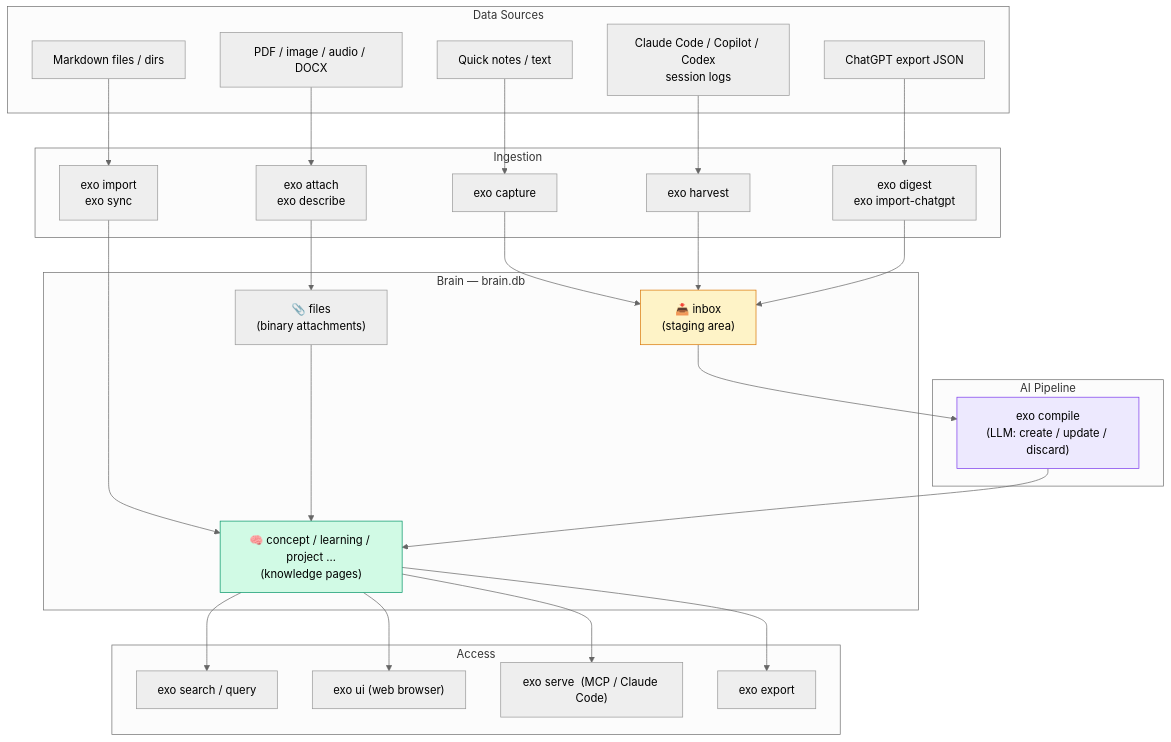
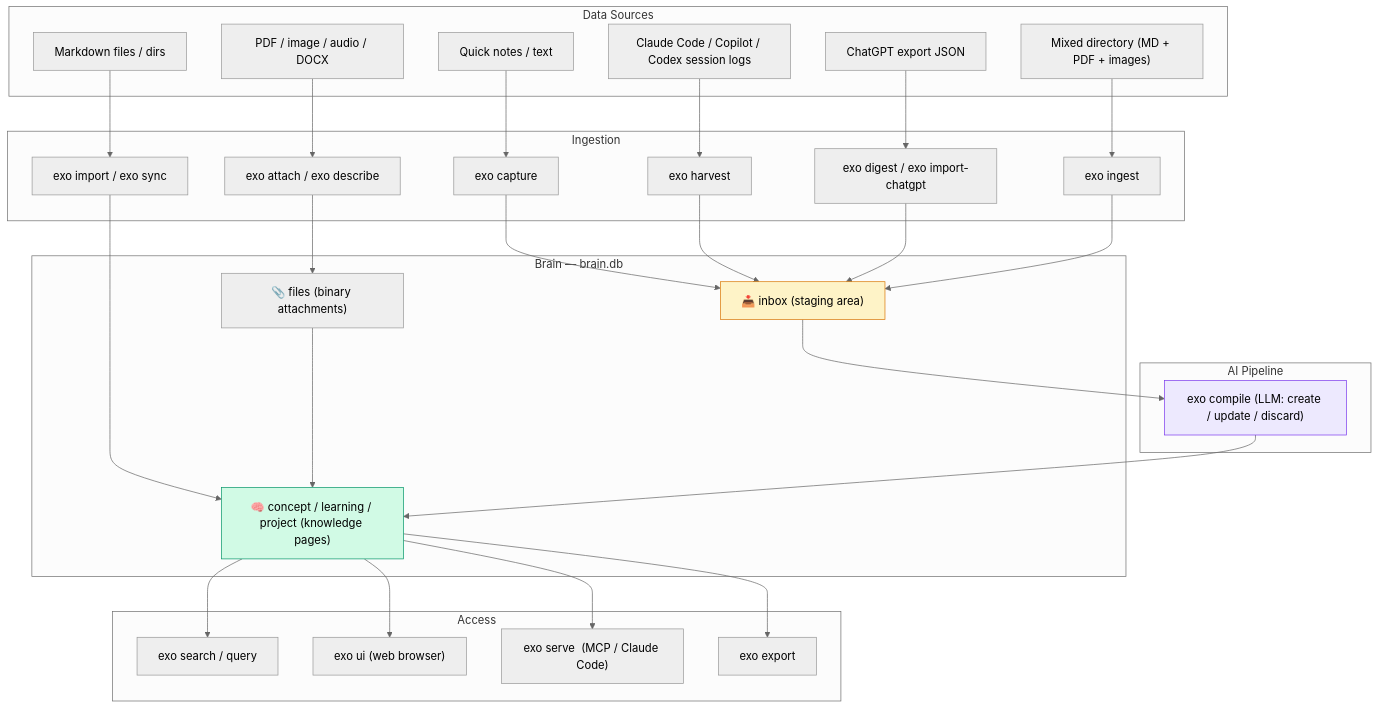
One commit to guqing/gbrain changed the diagram in README.md. Above: the diagram before and after it, drawn with Mermaid (neutral theme). The commit also changed other lines of this file and 3 other files, not shown here.

First line of the commit message:
feat: add exo ingest command + fix harvest multi-source (#5)

````diff
--- a/README.md
+++ b/README.md
@@ -89,52 +89,55 @@
 ```mermaid
 flowchart TD
     subgraph Sources["Data Sources"]
         A[Markdown files / dirs]
         B[Quick notes / text]
-        C[Claude Code / Copilot / Codex\nsession logs]
+        C["Claude Code / Copilot / Codex session logs"]
         D[ChatGPT export JSON]
-        E[PDF / image / audio / DOCX]
+        E["Mixed directory (MD + PDF + images)"]
+        F[PDF / image / audio / DOCX]
     end
 
     subgraph Ingest["Ingestion"]
-        I1["exo import\nexo sync"]
+        I1["exo import / exo sync"]
         I2["exo capture"]
         I3["exo harvest"]
-        I4["exo digest\nexo import-chatgpt"]
-        I5["exo attach\nexo describe"]
+        I4["exo digest / exo import-chatgpt"]
+        I5["exo ingest"]
+        I6["exo attach / exo describe"]
     end
 
     subgraph Store["Brain — brain.db"]
-        INBOX["📥 inbox\n(staging area)"]
-        CONCEPT["🧠 concept / learning / project …\n(knowledge pages)"]
-        FILES["📎 files\n(binary attachments)"]
+        INBOX["📥 inbox (staging area)"]
+        CONCEPT["🧠 concept / learning / project (knowledge pages)"]
+        FILES["📎 files (binary attachments)"]
     end
 
     subgraph Pipeline["AI Pipeline"]
-        COMPILE["exo compile\n(LLM: create / update / discard)"]
+        COMPILE["exo compile (LLM: create / update / discard)"]
     end
 
     subgraph Out["Access"]
         SEARCH["exo search / query"]
         UI["exo ui  (web browser)"]
         MCP["exo serve  (MCP / Claude Code)"]
         EXPORT["exo export"]
     end
 
     A --> I1 --> CONCEPT
     B --> I2 --> INBOX
     C --> I3 --> INBOX
     D --> I4 --> INBOX
-    E --> I5 --> FILES --> CONCEPT
+    E --> I5 --> INBOX
+    F --> I6 --> FILES --> CONCEPT
 
     INBOX --> COMPILE --> CONCEPT
 
     CONCEPT --> SEARCH
     CONCEPT --> UI
     CONCEPT --> MCP
     CONCEPT --> EXPORT
 
     style INBOX fill:#fef3c7,stroke:#d97706
     style CONCEPT fill:#d1fae5,stroke:#059669
     style COMPILE fill:#ede9fe,stroke:#7c3aed
 ```
````
